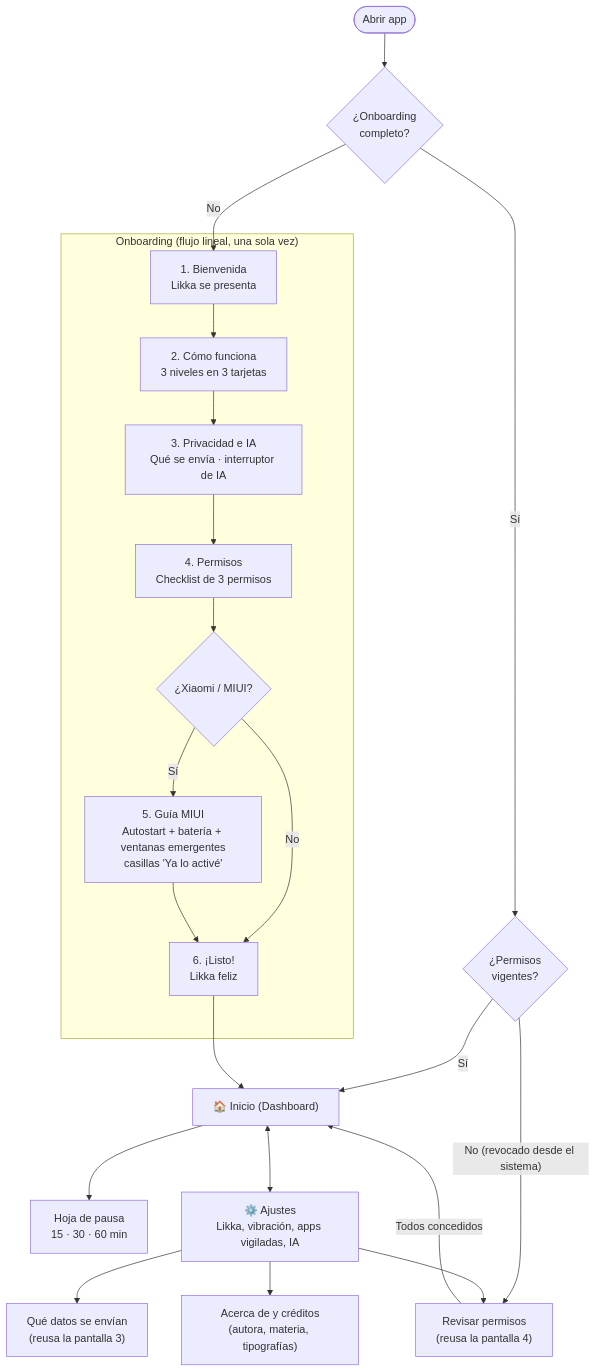
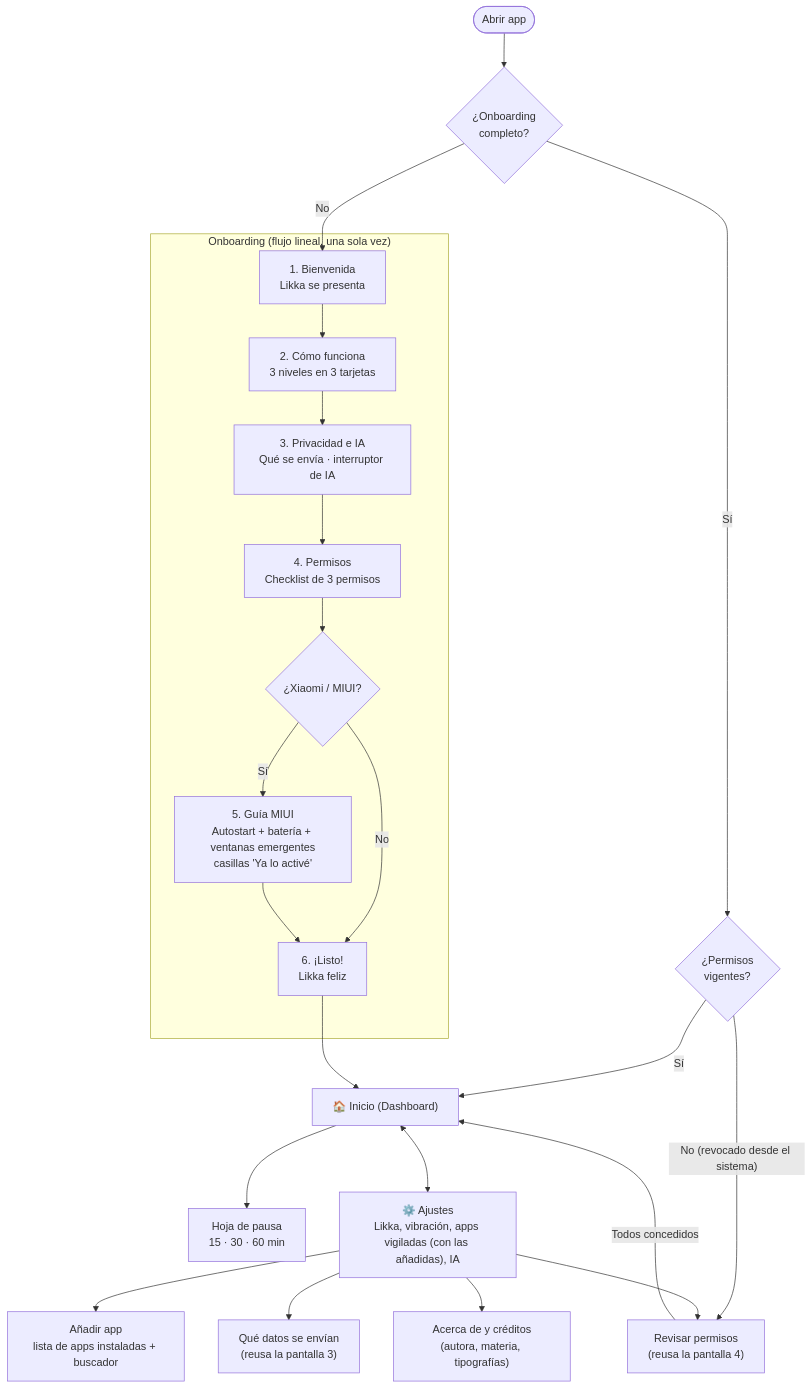
One commit to SoFzzz/Likka-Pet changed the first of 2 diagrams in likkapet_design_system.md. Above: the diagram before and after it, drawn with Mermaid. The commit also changed other lines of this file and 1 other file, not shown here.

````diff
--- a/likkapet_design_system.md
+++ b/likkapet_design_system.md
@@ -762,26 +795,27 @@
 ```mermaid
 flowchart TD
     START(["Abrir app"]) --> CHECK{"¿Onboarding\ncompleto?"}
     CHECK -->|No| OB1
     CHECK -->|"Sí"| PERMCHECK{"¿Permisos\nvigentes?"}
     PERMCHECK -->|"No (revocado desde el sistema)"| PERM["Pantalla de permisos\n(RF-A06, reusa el paso 4)"]
     PERM -->|Todos concedidos| HOME
     PERMCHECK -->|Sí| HOME
 
     subgraph Onboarding["Onboarding (flujo lineal, una sola vez)"]
         OB1["1. Bienvenida\nLikka se presenta"] --> OB2["2. Cómo funciona\n3 niveles en 3 tarjetas"]
         OB2 --> OB3["3. Privacidad e IA\nQué se envía · interruptor de IA"]
         OB3 --> OB4["4. Permisos\nChecklist de 3 permisos"]
         OB4 --> MIUI{"¿Xiaomi / MIUI?"}
         MIUI -->|Sí| OB5["5. Guía MIUI\nAutostart + batería + ventanas emergentes\ncasillas 'Ya lo activé'"]
         MIUI -->|No| OB6
         OB5 --> OB6["6. ¡Listo!\nLikka feliz"]
     end
 
     OB6 --> HOME["🏠 Inicio (Dashboard)"]
     HOME --> PAUSA["Hoja de pausa\n15 · 30 · 60 min"]
-    HOME <--> SET["⚙️ Ajustes\nLikka, vibración, apps vigiladas, IA"]
+    HOME <--> SET["⚙️ Ajustes\nLikka, vibración, apps vigiladas (con las añadidas), IA"]
+    SET --> ADDAPP["Añadir app\nlista de apps instaladas + buscador"]
     SET --> PRIV["Qué datos se envían\n(reusa la pantalla 3)"]
     SET --> PERM["Revisar permisos\n(reusa la pantalla 4)"]
     SET --> ABOUT["Acerca de y créditos\n(autora, materia, tipografías)"]
 ```
````
